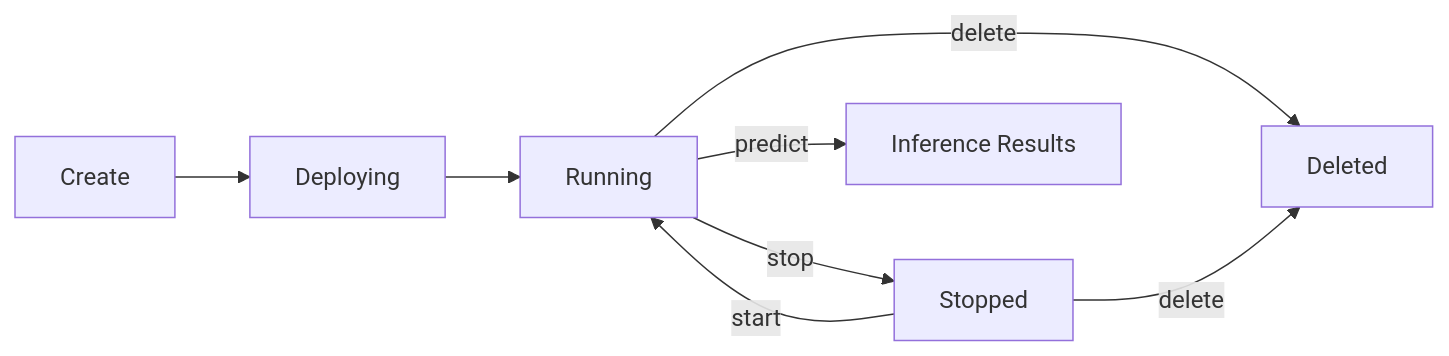
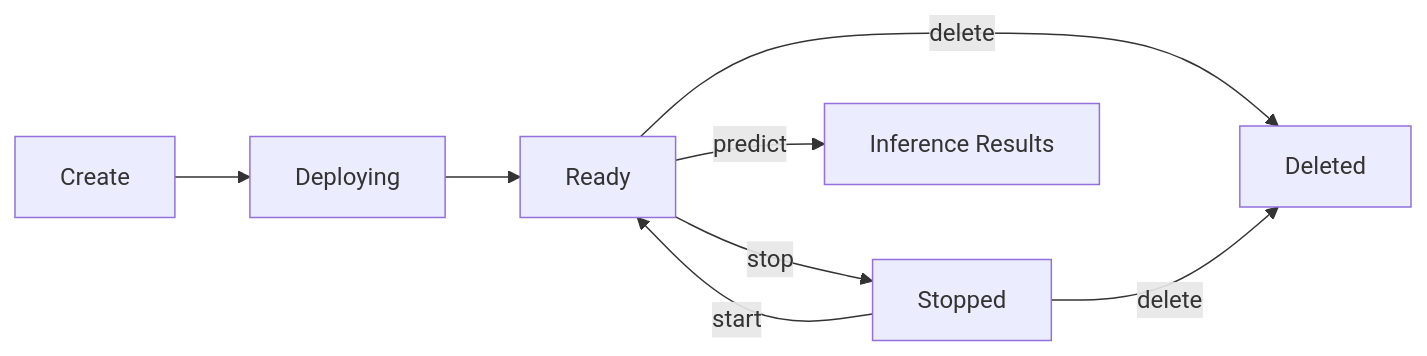
One commit to ultralytics/ultralytics changed the fourth of 4 diagrams in docs/en/platform/api/index.md. Above: the diagram before and after it, drawn with Mermaid. The commit also changed other lines of this file and 3 other files, not shown here.

````diff
--- a/docs/en/platform/api/index.md
+++ b/docs/en/platform/api/index.md
@@ -908,10 +908,10 @@
 ```mermaid
 graph LR
     A[Create] --> B[Deploying]
-    B --> C[Running]
+    B --> C[Ready]
     C -->|stop| D[Stopped]
     D -->|start| C
     C -->|delete| E[Deleted]
     D -->|delete| E
     C -->|predict| F[Inference Results]
 ```
````
